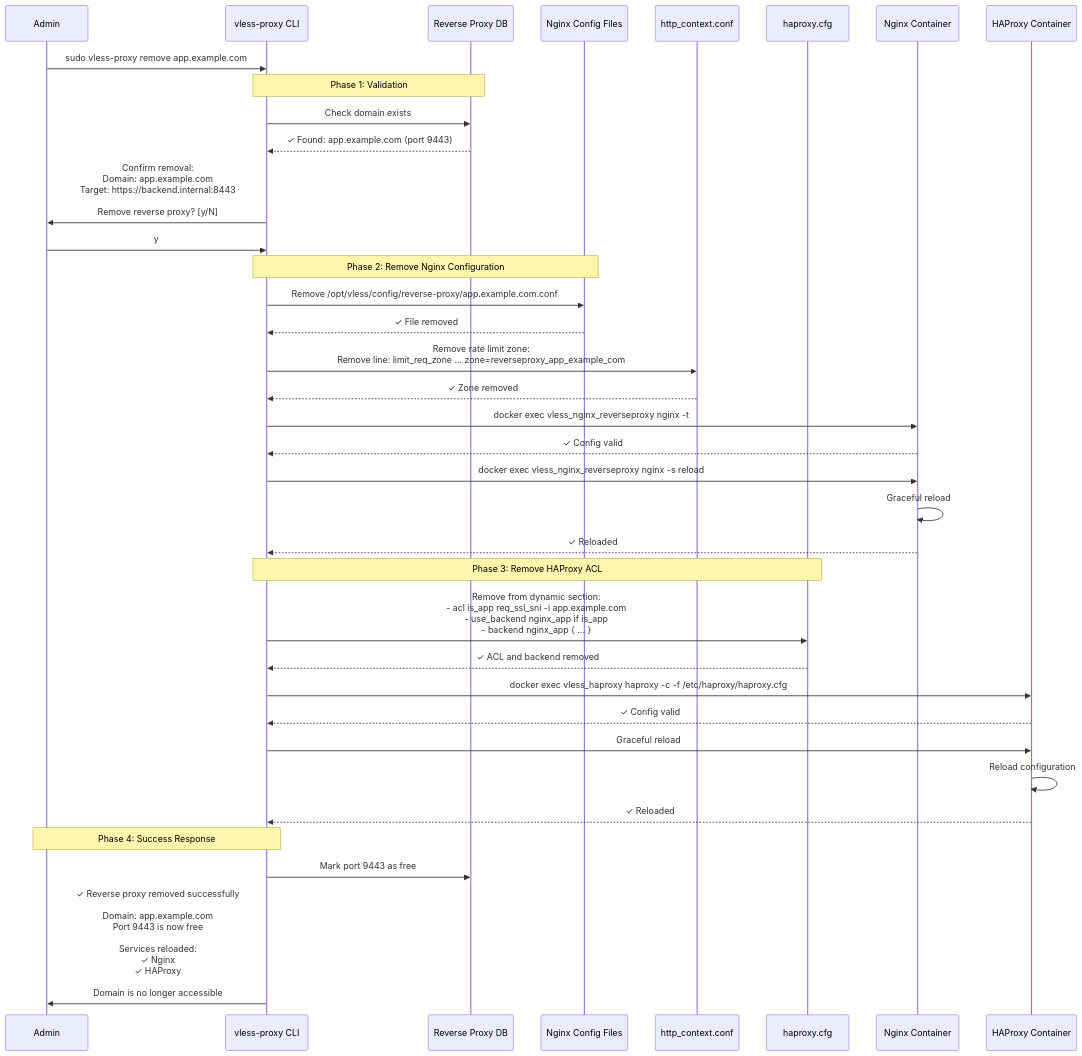
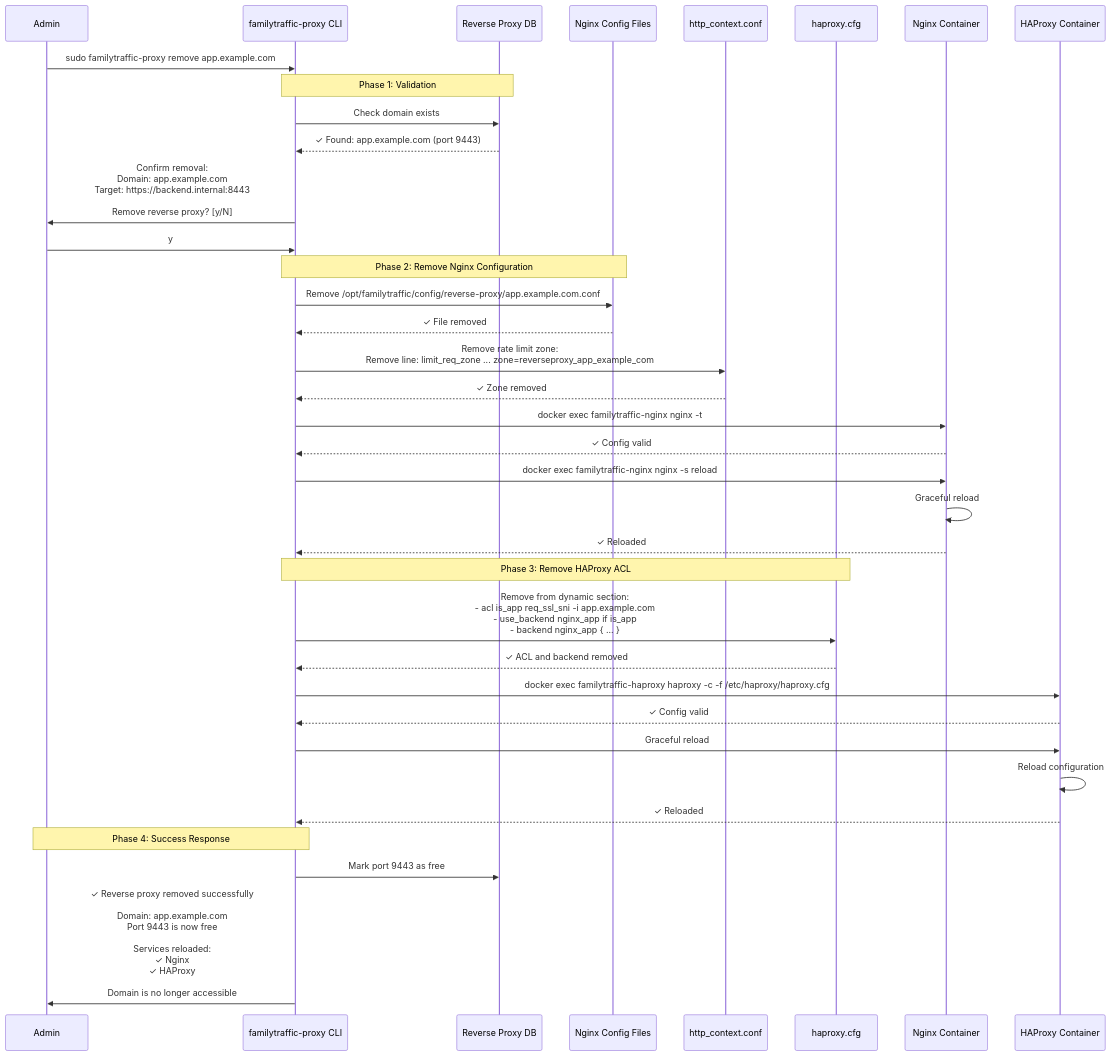
Before and after one commit to ikeniborn/vless: the second of 8 diagrams in docs/architecture/diagrams/sequences/reverse-proxy-setup.md, drawn with Mermaid. The commit also changed other lines of this file and 66 other files, not shown here.

First line of the commit message:
refactor(rename): replace old project name 'vless' with 'familytraffic'

````diff
--- a/docs/architecture/diagrams/sequences/reverse-proxy-setup.md
+++ b/docs/architecture/diagrams/sequences/reverse-proxy-setup.md
@@ -177,55 +177,55 @@
 ```mermaid
 sequenceDiagram
     participant Admin
-    participant CLI as vless-proxy CLI
+    participant CLI as familytraffic-proxy CLI
     participant ReverseProxyDB as Reverse Proxy DB
     participant NginxConfig as Nginx Config Files
     participant HTTPContext as http_context.conf
     participant HAProxyConfig as haproxy.cfg
     participant Nginx as Nginx Container
     participant HAProxy as HAProxy Container
 
-    Admin->>CLI: sudo vless-proxy remove app.example.com
+    Admin->>CLI: sudo familytraffic-proxy remove app.example.com
 
     Note over CLI,ReverseProxyDB: Phase 1: Validation
 
     CLI->>ReverseProxyDB: Check domain exists
     ReverseProxyDB-->>CLI: ✓ Found: app.example.com (port 9443)
 
     CLI->>Admin: Confirm removal:<br/>Domain: app.example.com<br/>Target: https://backend.internal:8443<br/><br/>Remove reverse proxy? [y/N]
     Admin->>CLI: y
 
     Note over CLI,NginxConfig: Phase 2: Remove Nginx Configuration
 
-    CLI->>NginxConfig: Remove /opt/vless/config/reverse-proxy/app.example.com.conf
+    CLI->>NginxConfig: Remove /opt/familytraffic/config/reverse-proxy/app.example.com.conf
     NginxConfig-->>CLI: ✓ File removed
 
     CLI->>HTTPContext: Remove rate limit zone:<br/>Remove line: limit_req_zone ... zone=reverseproxy_app_example_com
     HTTPContext-->>CLI: ✓ Zone removed
 
-    CLI->>Nginx: docker exec vless_nginx_reverseproxy nginx -t
+    CLI->>Nginx: docker exec familytraffic-nginx nginx -t
     Nginx-->>CLI: ✓ Config valid
 
-    CLI->>Nginx: docker exec vless_nginx_reverseproxy nginx -s reload
+    CLI->>Nginx: docker exec familytraffic-nginx nginx -s reload
     Nginx->>Nginx: Graceful reload
     Nginx-->>CLI: ✓ Reloaded
 
     Note over CLI,HAProxyConfig: Phase 3: Remove HAProxy ACL
 
     CLI->>HAProxyConfig: Remove from dynamic section:<br/>- acl is_app req_ssl_sni -i app.example.com<br/>- use_backend nginx_app if is_app<br/>- backend nginx_app { ... }
 
     HAProxyConfig-->>CLI: ✓ ACL and backend removed
 
-    CLI->>HAProxy: docker exec vless_haproxy haproxy -c -f /etc/haproxy/haproxy.cfg
+    CLI->>HAProxy: docker exec familytraffic-haproxy haproxy -c -f /etc/haproxy/haproxy.cfg
     HAProxy-->>CLI: ✓ Config valid
 
     CLI->>HAProxy: Graceful reload
     HAProxy->>HAProxy: Reload configuration
     HAProxy-->>CLI: ✓ Reloaded
 
     Note over CLI,Admin: Phase 4: Success Response
 
     CLI->>ReverseProxyDB: Mark port 9443 as free
 
     CLI->>Admin: ✓ Reverse proxy removed successfully<br/><br/>Domain: app.example.com<br/>Port 9443 is now free<br/><br/>Services reloaded:<br/> ✓ Nginx<br/> ✓ HAProxy<br/><br/>Domain is no longer accessible
 ```
````
